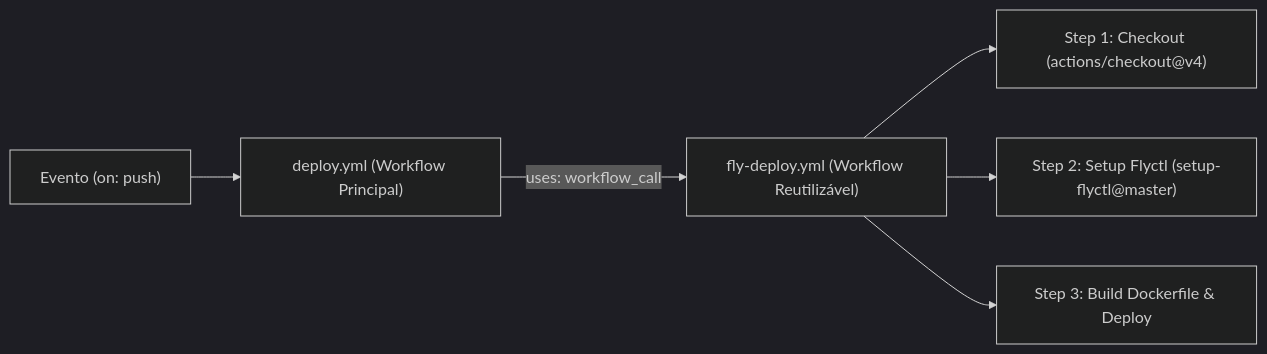
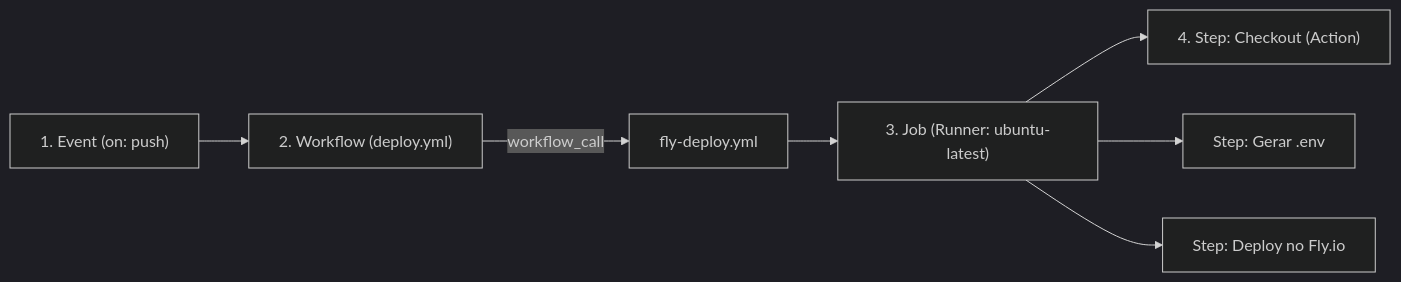
One commit to PedroVOliveira/front-example-github-actions changed the diagram in README.md. Above: the diagram before and after it, drawn with Mermaid (dark theme). The commit also changed other lines of this file and 2 other files, not shown here.

````diff
--- a/README.md
+++ b/README.md
@@ -30,8 +35,9 @@
 ```mermaid
 flowchart LR
-    Event["Evento (on: push)"] --> Caller["deploy.yml (Workflow Principal)"]
-    Caller -->|uses: workflow_call| Reusable["fly-deploy.yml (Workflow Reutilizável)"]
-    Reusable --> Step1["Step 1: Checkout (actions/checkout@v4)"]
-    Reusable --> Step2["Step 2: Setup Flyctl (setup-flyctl@master)"]
-    Reusable --> Step3["Step 3: Build Dockerfile & Deploy"]
+    Event["1. Event (on: push)"] --> Caller["2. Workflow (deploy.yml)"]
+    Caller -->|workflow_call| Reusable["fly-deploy.yml"]
+    Reusable --> Job["3. Job (Runner: ubuntu-latest)"]
+    Job --> Step1["4. Step: Checkout (Action)"]
+    Job --> Step2["Step: Gerar .env"]
+    Job --> Step3["Step: Deploy no Fly.io"]
 ```
````
